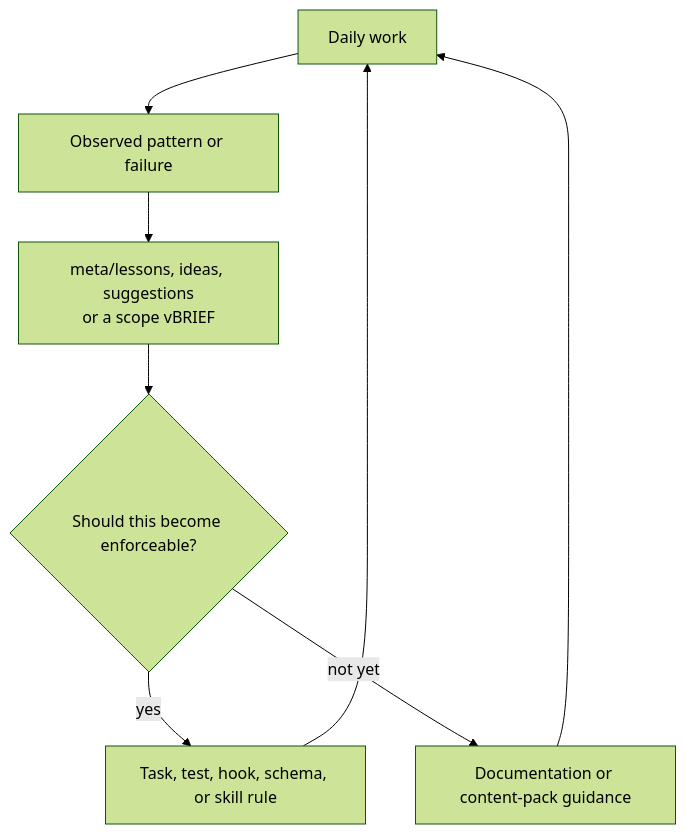
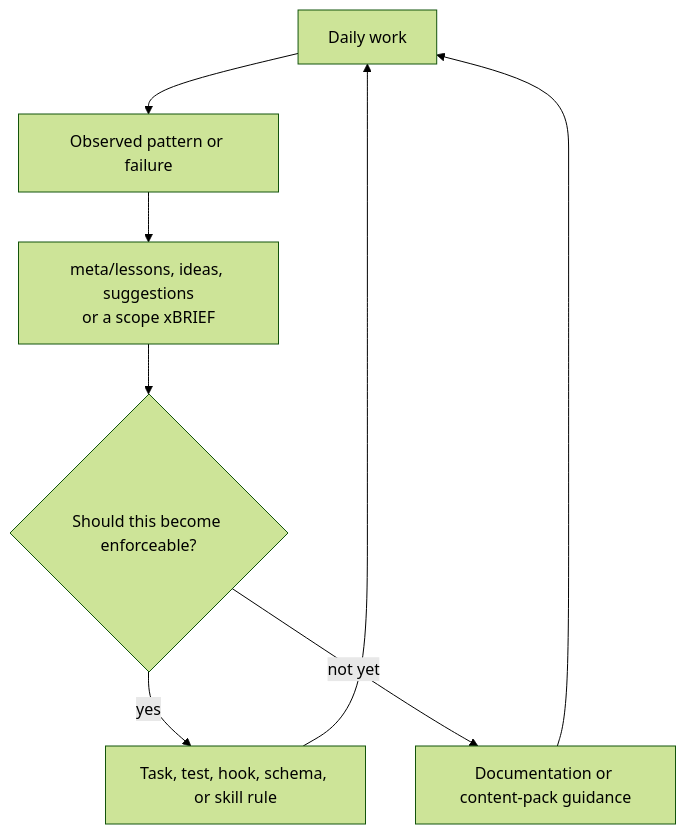
The seventh of 7 diagrams in docs/CONCEPTS.md (deftai/directive), drawn with Mermaid (forest theme) before and after one commit. The commit also changed other lines of this file and 9 other files, not shown here.

````diff
--- a/docs/CONCEPTS.md
+++ b/docs/CONCEPTS.md
@@ -212,10 +216,10 @@
 ```mermaid
 flowchart TD
     Work["Daily work"] --> Lesson["Observed pattern or failure"]
-    Lesson --> Record["meta/lessons, ideas, suggestions<br/>or a scope vBRIEF"]
+    Lesson --> Record["meta/lessons, ideas, suggestions<br/>or a scope xBRIEF"]
     Record --> Rule{"Should this become enforceable?"}
     Rule -->|"yes"| Strong["Task, test, hook, schema, or skill rule"]
     Rule -->|"not yet"| Prose["Documentation or content-pack guidance"]
     Strong --> Work
     Prose --> Work
 ```
````
